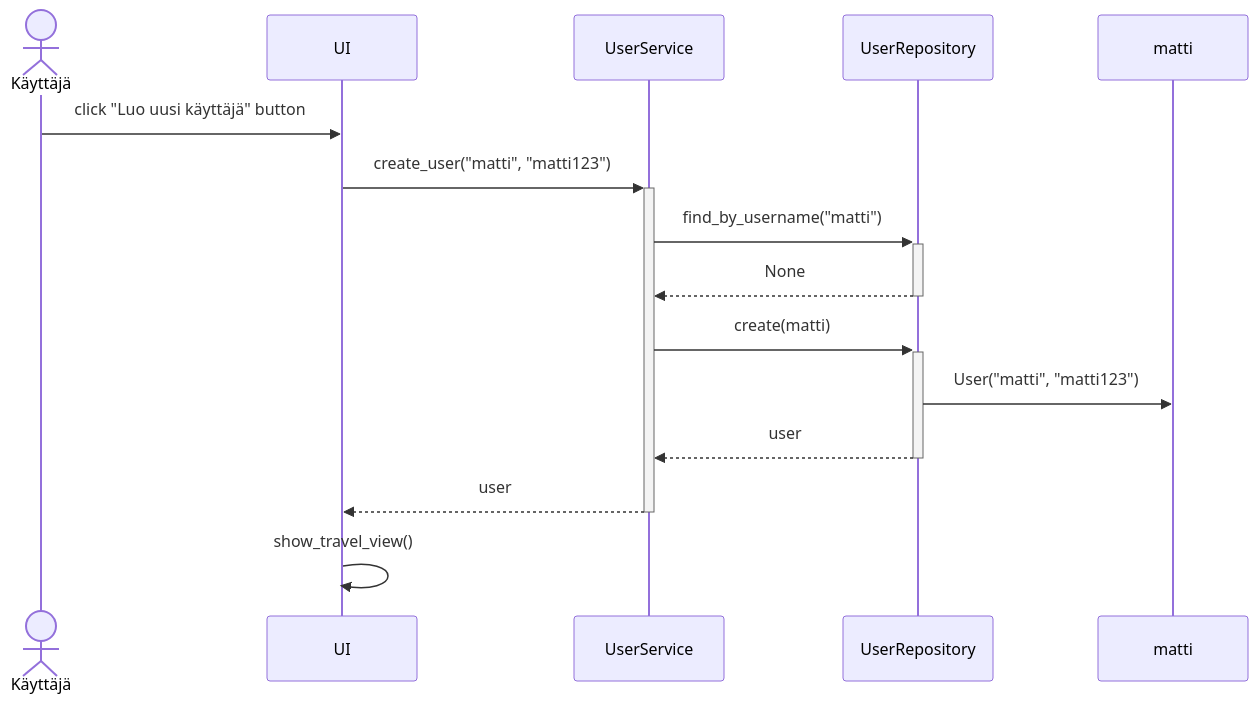
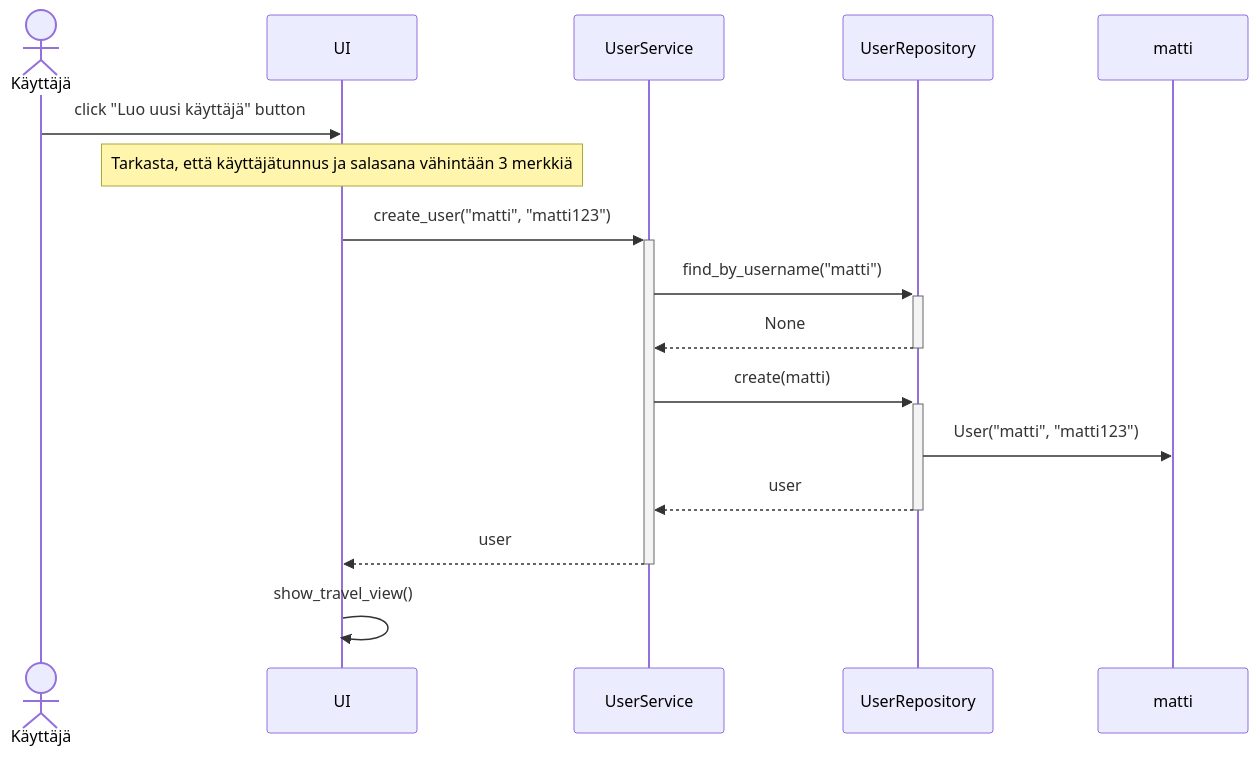
The second of 4 diagrams in travel-expense-calculator-app/dokumentaatio/arkkitehtuuri.md (phuvio/ot-harjoitustyo), drawn with Mermaid before and after one commit. The commit also changed other lines of this file, not shown here.

````diff
--- a/travel-expense-calculator-app/dokumentaatio/arkkitehtuuri.md
+++ b/travel-expense-calculator-app/dokumentaatio/arkkitehtuuri.md
@@ -90,17 +89,18 @@
 ```mermaid
 sequenceDiagram
   actor K as Käyttäjä
   participant UI
   participant S as UserService
   participant R as UserRepository
   participant matti
   K->>UI: click "Luo uusi käyttäjä" button
+  Note over UI: Tarkasta, että käyttäjätunnus ja salasana vähintään 3 merkkiä
   UI->>+S: create_user("matti", "matti123")
   S->>+R: find_by_username("matti")
   R-->>-S: None
   S->>+R: create(matti)
   R->>matti: User("matti", "matti123")
   R-->> -S: user
   S-->>-UI: user
   UI->>UI: show_travel_view()
 ```
````
